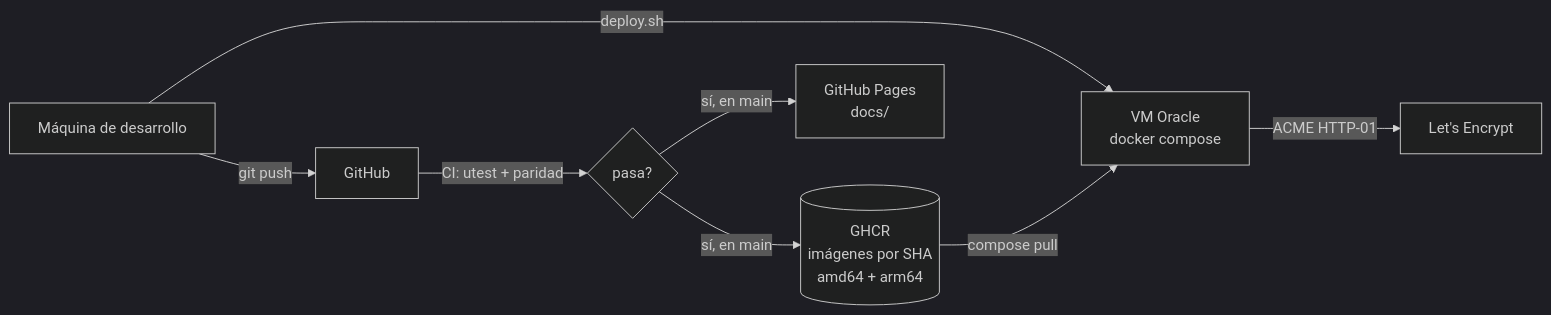
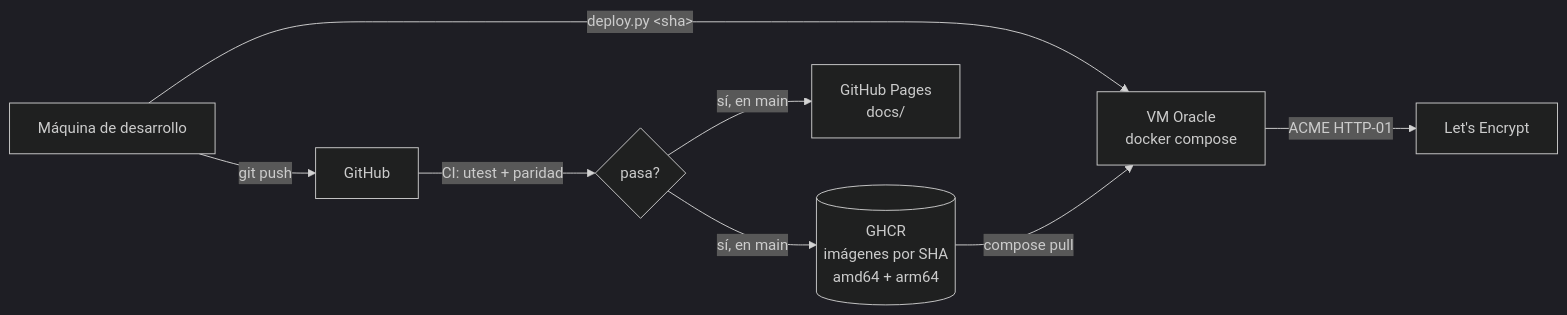
Before and after one commit to carlos-illobre/cocinadas: the fourth of 4 diagrams in docs/ARCHITECTURE.md, drawn with Mermaid (dark theme). The commit also changed other lines of this file and 11 other files, not shown here.

````diff
--- a/docs/ARCHITECTURE.md
+++ b/docs/ARCHITECTURE.md
@@ -105,10 +105,10 @@
 ```mermaid
 flowchart LR
   dev[Máquina de desarrollo] -- git push --> gh[GitHub]
   gh -- CI: utest + paridad --> ci{pasa?}
   ci -- sí, en main --> ghcr[(GHCR<br/>imágenes por SHA<br/>amd64 + arm64)]
   ci -- sí, en main --> pages[GitHub Pages<br/>docs/]
-  dev -- deploy.sh <sha> --> vm[VM Oracle<br/>docker compose]
+  dev -- deploy.py &lt;sha&gt; --> vm[VM Oracle<br/>docker compose]
   ghcr -- compose pull --> vm
   vm -- ACME HTTP-01 --> le[Let's Encrypt]
 ```
````
